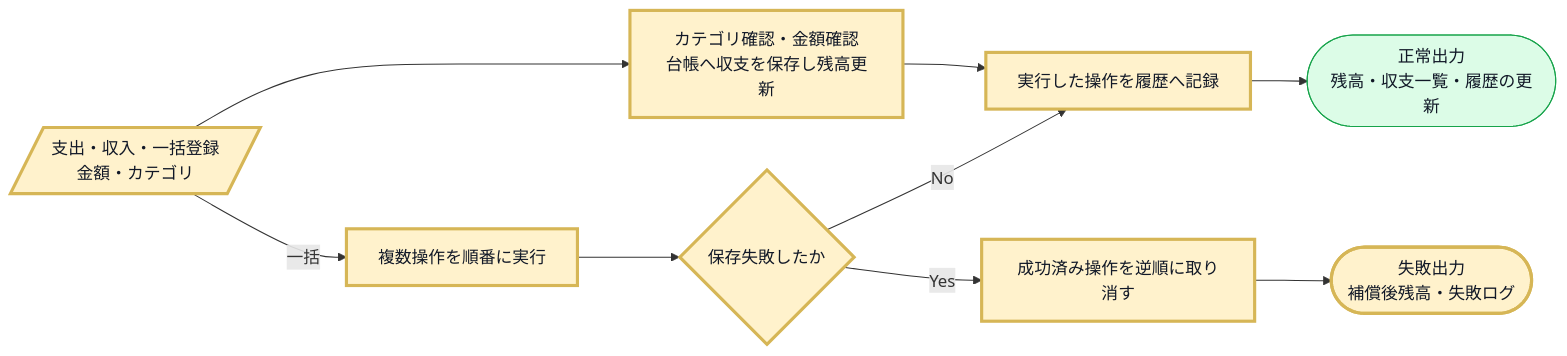
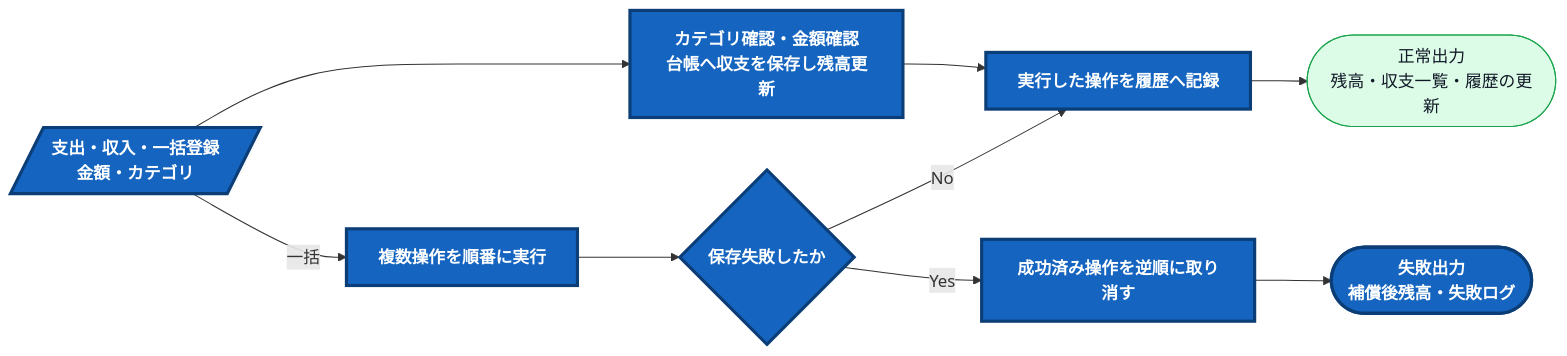
The seventh of 14 diagrams in kindle/design-patterns/output/chapter05.md (kumachan1101-pixel/DesignPattern), drawn with Mermaid before and after one commit. The commit also changed other lines of this file and 19 other files, not shown here.

First line of the commit message:
図の変更箇所を色で示し、変更前後の対比の説明構造をそろえる

````diff
--- a/kindle/design-patterns/output/chapter05.md
+++ b/kindle/design-patterns/output/chapter05.md
@@ -780,20 +780,20 @@
 ```mermaid
 flowchart LR
-    classDef changed fill:#fff2cc,stroke:#d6b656,stroke-width:3px,color:#111827;
-    classDef changed fill:#fff2cc,stroke:#d6b656,stroke-width:3px,color:#111827;
+    classDef changed fill:#1565c0,stroke:#0b3d76,stroke-width:3px,color:#ffffff,font-weight:bold;
+    classDef changed fill:#1565c0,stroke:#0b3d76,stroke-width:3px,color:#ffffff,font-weight:bold;
     A[/支出・収入・一括登録<br>金額・カテゴリ/]:::input --> C[カテゴリ確認・金額確認<br>台帳へ収支を保存し残高更新]:::process
     C --> D[実行した操作を履歴へ記録]:::process
     D --> E([正常出力<br>残高・収支一覧・履歴の更新]):::normal
     A -->|一括| M[複数操作を順番に実行]:::process
     M --> N{保存失敗したか}:::decision
     N -->|No| D
     N -->|Yes| O[成功済み操作を逆順に取り消す]:::process
     O --> P([失敗出力<br>補償後残高・失敗ログ]):::normal
 
     class A,C,D,M,N,O,P changed;
 
     classDef input fill:#e7f0ff,stroke:#2563eb,color:#111827;
     classDef process fill:#fff7ed,stroke:#ea580c,color:#111827;
     classDef decision fill:#fef9c3,stroke:#ca8a04,color:#111827;
     classDef normal fill:#dcfce7,stroke:#16a34a,color:#111827;
 ```
````
